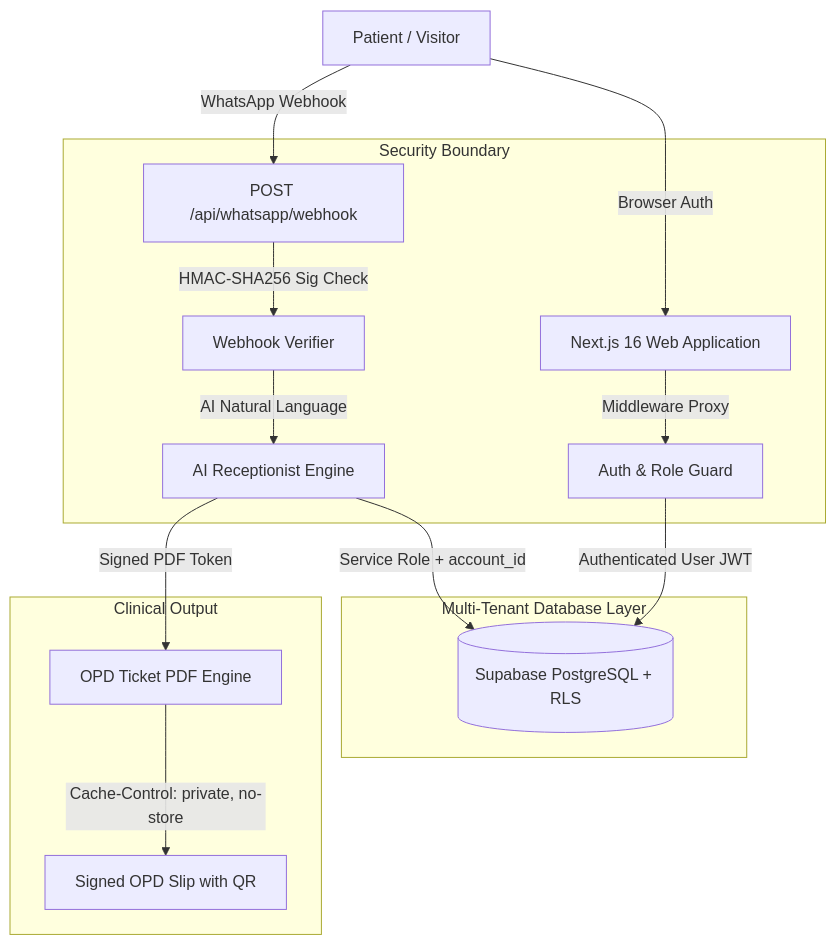
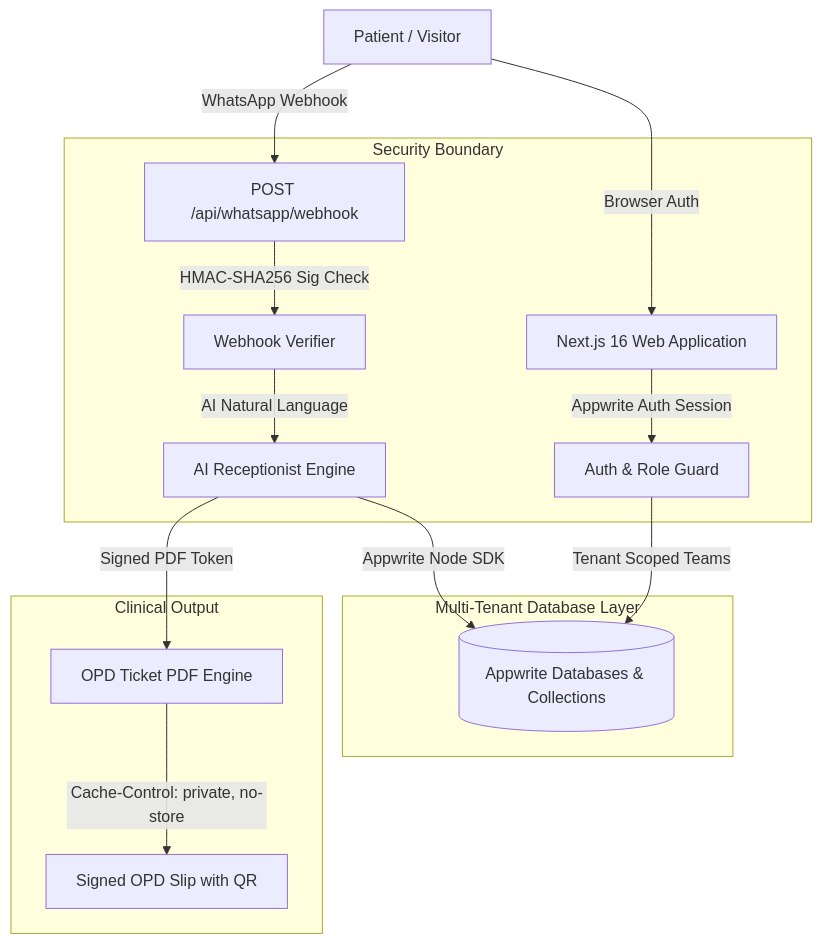
The diagram in README.md (imsusanta/helpa), drawn with Mermaid before and after one commit. The commit also changed other lines of this file and 184 other files, not shown here.

Commit message:
fix(migration): complete Supabase purge and Appwrite migration with green CI

````diff
--- a/README.md
+++ b/README.md
@@ -20,21 +20,21 @@
 ```mermaid
 graph TD
     User["Patient / Visitor"] -->|WhatsApp Webhook| Webhook["POST /api/whatsapp/webhook"]
     User -->|Browser Auth| WebApp["Next.js 16 Web Application"]
 
     subgraph Security Boundary
         Webhook -->|HMAC-SHA256 Sig Check| WebhookVerifier["Webhook Verifier"]
         WebhookVerifier -->|AI Natural Language| Receptionist["AI Receptionist Engine"]
-        WebApp -->|Middleware Proxy| Guard["Auth & Role Guard"]
+        WebApp -->|Appwrite Auth Session| Guard["Auth & Role Guard"]
     end
 
     subgraph Multi-Tenant Database Layer
-        Receptionist -->|Service Role + account_id| DB[("Supabase PostgreSQL + RLS")]
-        Guard -->|Authenticated User JWT| DB
+        Receptionist -->|Appwrite Node SDK| DB[("Appwrite Databases & Collections")]
+        Guard -->|Tenant Scoped Teams| DB
     end
 
     subgraph Clinical Output
         Receptionist -->|Signed PDF Token| OPD["OPD Ticket PDF Engine"]
         OPD -->|Cache-Control: private, no-store| PDF["Signed OPD Slip with QR"]
     end
 ```
````
